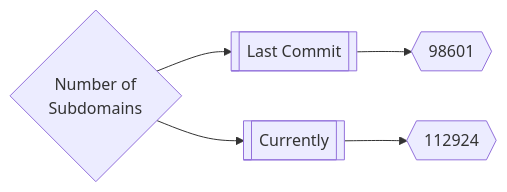
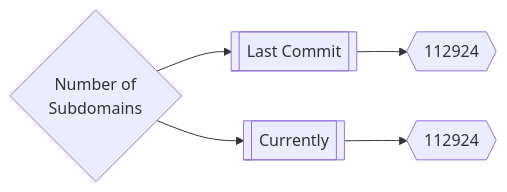
The first of 3 diagrams in README.md (trickest/inventory), drawn with Mermaid before and after one commit.

Commit message:
Update Tue Mar  8 15:54:51 UTC 2022

````diff
--- a/README.md
+++ b/README.md
@@ -165,5 +165,5 @@
 ```mermaid
 graph LR
-title{Number of<br>Subdomains} --> subdomainsDate1[[Last Commit]] --> subdomainsNum1{{98601}}
+title{Number of<br>Subdomains} --> subdomainsDate1[[Last Commit]] --> subdomainsNum1{{112924}}
 title --> subdomainsDate2[[Currently]] --> subdomainsNum2{{112924}}
 ```
````
